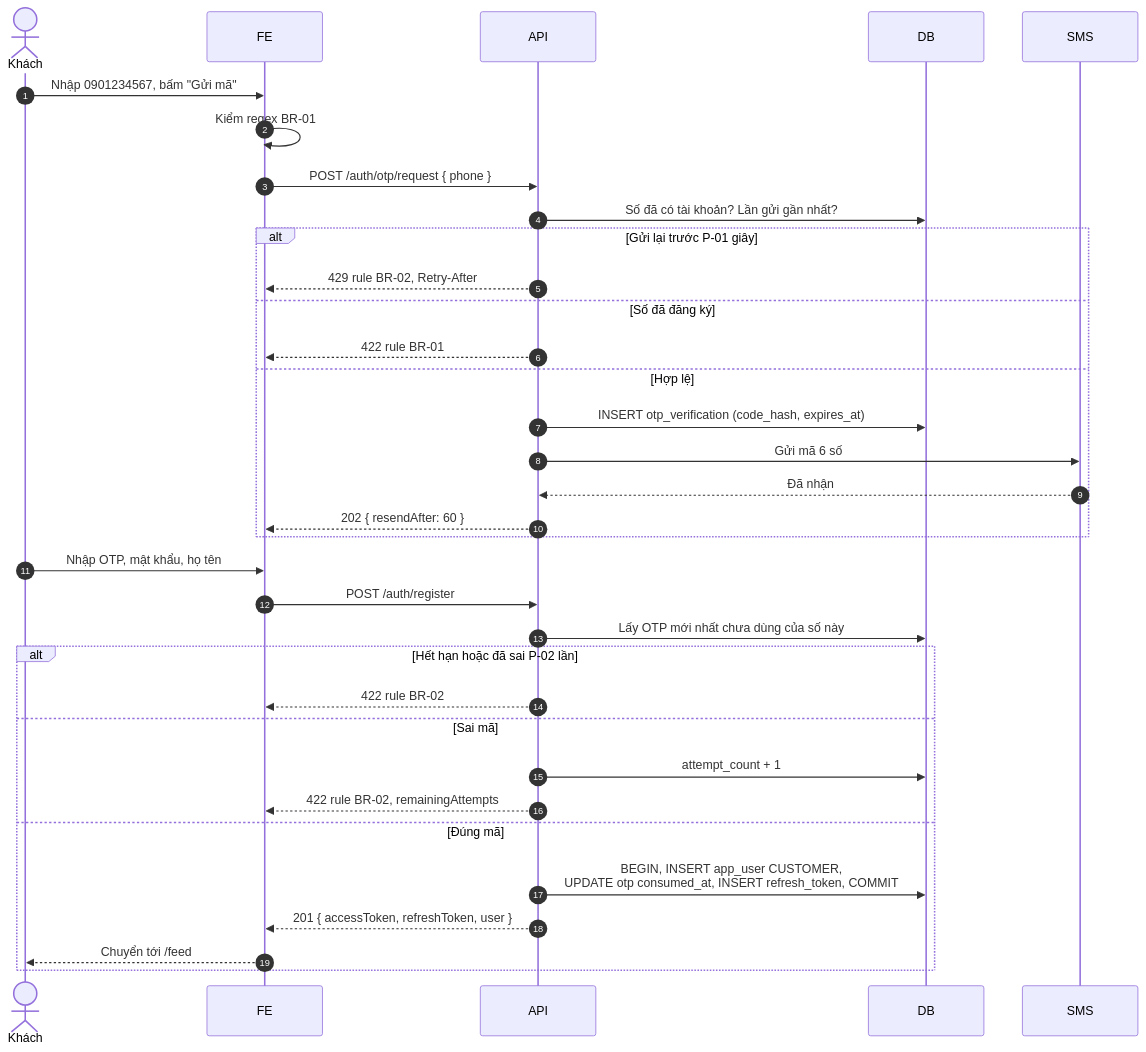
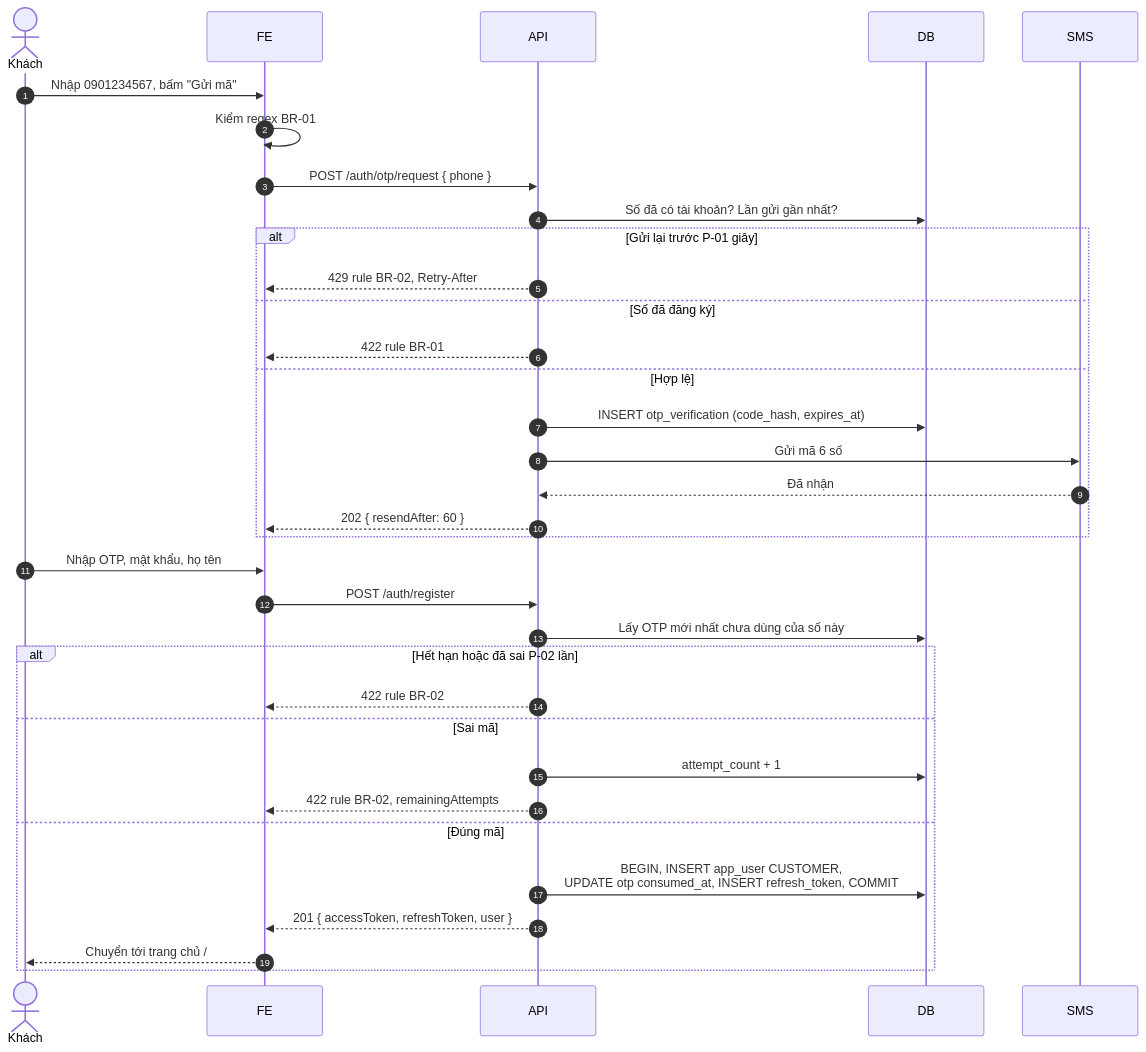
The third of 7 diagrams in docs/07-sequence.md (ThanhQuy-wolf/Coffee-Shop-Backup), drawn with Mermaid before and after one commit. The commit also changed other lines of this file and 65 other files, not shown here.

````diff
--- a/docs/07-sequence.md
+++ b/docs/07-sequence.md
@@ -99,38 +99,38 @@
 ```mermaid
 sequenceDiagram
     autonumber
     actor K as Khách
     participant FE
     participant API
     participant DB
     participant SMS
 
     K->>FE: Nhập 0901234567, bấm "Gửi mã"
     FE->>FE: Kiểm regex BR-01
     FE->>API: POST /auth/otp/request { phone }
     API->>DB: Số đã có tài khoản? Lần gửi gần nhất?
     alt Gửi lại trước P-01 giây
         API-->>FE: 429 rule BR-02, Retry-After
     else Số đã đăng ký
         API-->>FE: 422 rule BR-01
     else Hợp lệ
         API->>DB: INSERT otp_verification (code_hash, expires_at)
         API->>SMS: Gửi mã 6 số
         SMS-->>API: Đã nhận
         API-->>FE: 202 { resendAfter: 60 }
     end
 
     K->>FE: Nhập OTP, mật khẩu, họ tên
     FE->>API: POST /auth/register
     API->>DB: Lấy OTP mới nhất chưa dùng của số này
     alt Hết hạn hoặc đã sai P-02 lần
         API-->>FE: 422 rule BR-02
     else Sai mã
         API->>DB: attempt_count + 1
         API-->>FE: 422 rule BR-02, remainingAttempts
     else Đúng mã
         API->>DB: BEGIN, INSERT app_user CUSTOMER,<br/>UPDATE otp consumed_at, INSERT refresh_token, COMMIT
         API-->>FE: 201 { accessToken, refreshToken, user }
-        FE-->>K: Chuyển tới /feed
+        FE-->>K: Chuyển tới trang chủ /
     end
 ```
````
